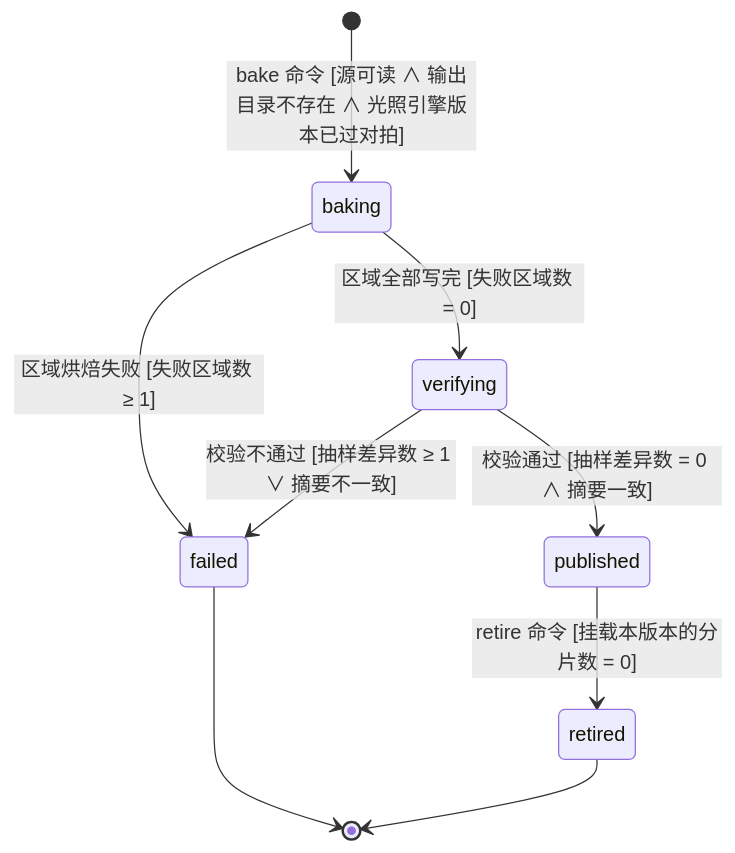
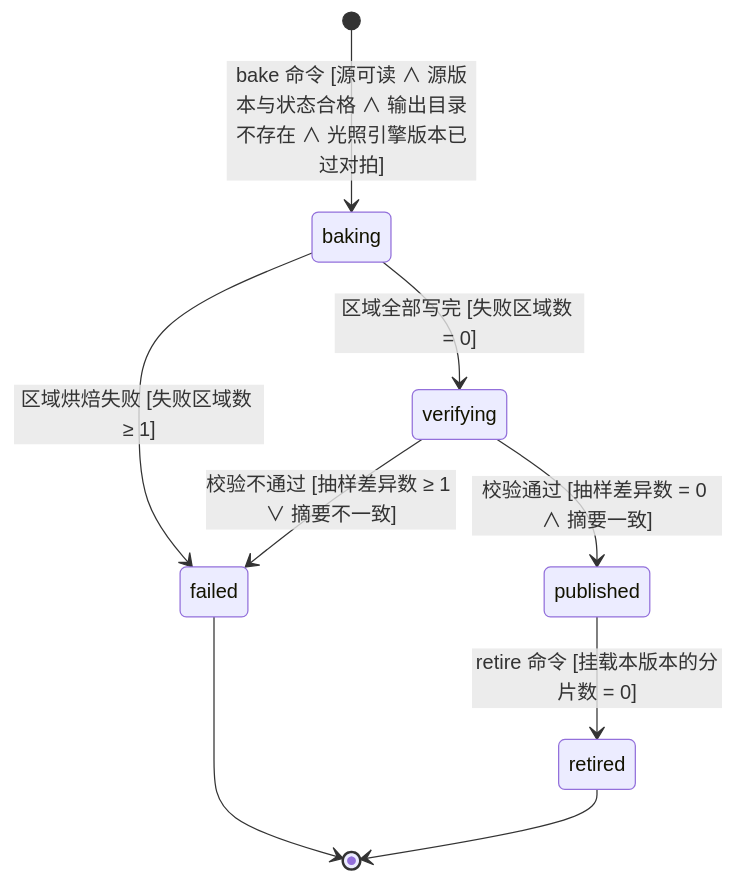
The fourth of 9 diagrams in docs/DESIGN-M3.md (Bearisbug/synaxis), drawn with Mermaid before and after one commit. The commit also changed other lines of this file and 5 other files, not shown here.

````diff
--- a/docs/DESIGN-M3.md
+++ b/docs/DESIGN-M3.md
@@ -525,11 +611,11 @@
 ```mermaid
 stateDiagram-v2
-  [*] --> baking : bake 命令 [源可读 ∧ 输出目录不存在 ∧ 光照引擎版本已过对拍]
+  [*] --> baking : bake 命令 [源可读 ∧ 源版本与状态合格 ∧ 输出目录不存在 ∧ 光照引擎版本已过对拍]
   baking --> verifying : 区域全部写完 [失败区域数 = 0]
   baking --> failed : 区域烘焙失败 [失败区域数 ≥ 1]
   verifying --> published : 校验通过 [抽样差异数 = 0 ∧ 摘要一致]
   verifying --> failed : 校验不通过 [抽样差异数 ≥ 1 ∨ 摘要不一致]
   published --> retired : retire 命令 [挂载本版本的分片数 = 0]
   failed --> [*]
   retired --> [*]
 ```
````
